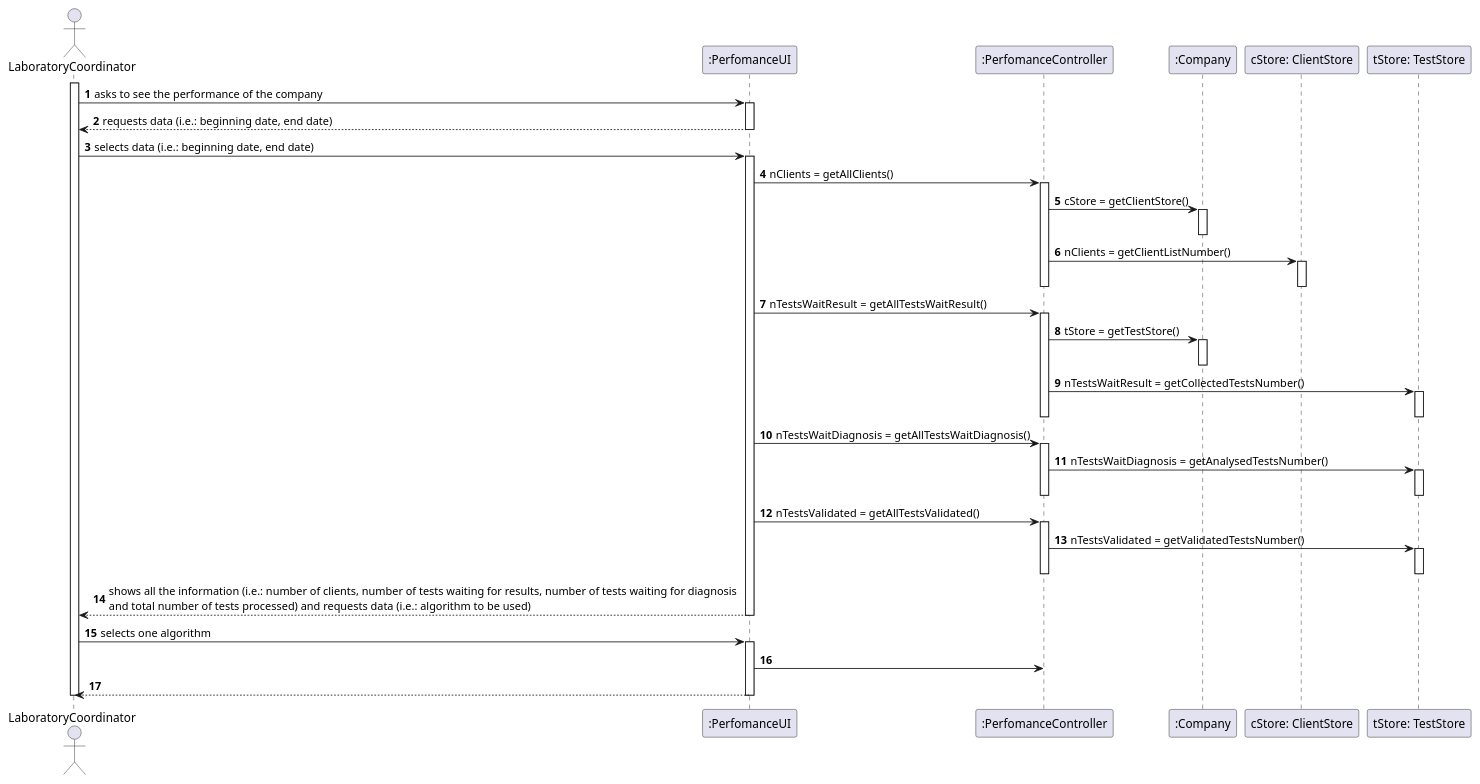
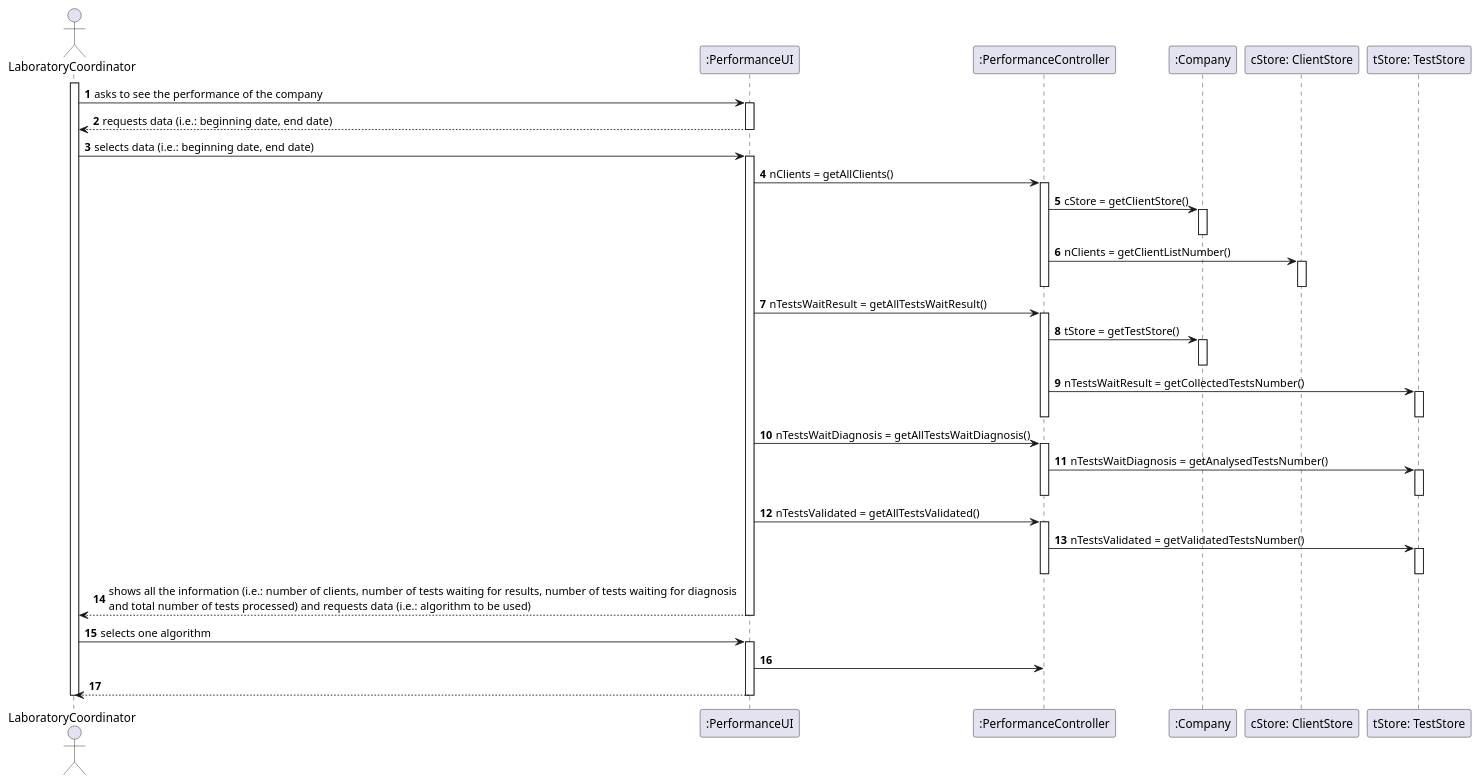
Before and after one commit to 0franciscor/lei-21-s2-1de-g19: the diagram in docs/SprintD/US16/US16-SD.puml, drawn with PlantUML. The commit also changed 1 other file, not shown here.

```diff
--- a/docs/SprintD/US16/US16-SD.puml
+++ b/docs/SprintD/US16/US16-SD.puml
@@ -1,62 +1,62 @@
 @startuml
 'https://plantuml.com/sequence-diagram
 
 autonumber
 
 actor LaboratoryCoordinator as LC
-participant ":PerfomanceUI" as PUI
-participant ":PerfomanceController" as PC
+participant ":PerformanceUI" as PUI
+participant ":PerformanceController" as PC
 participant ":Company" as COMP
 participant "cStore: ClientStore" as CS
 participant "tStore: TestStore" as TS
 
 
 activate LC
 LC -> PUI : asks to see the performance of the company
 activate PUI
 PUI --> LC : requests data (i.e.: beginning date, end date)
 deactivate PUI
 
 LC -> PUI : selects data (i.e.: beginning date, end date)
 activate PUI
 PUI -> PC : nClients = getAllClients()
 activate PC
 PC -> COMP : cStore = getClientStore()
 activate COMP
 deactivate COMP
 PC -> CS : nClients = getClientListNumber()
 activate CS
 deactivate CS
 deactivate PC
 PUI -> PC : nTestsWaitResult = getAllTestsWaitResult()
 activate PC
 PC -> COMP : tStore = getTestStore()
 activate COMP
 deactivate COMP
 PC -> TS : nTestsWaitResult = getCollectedTestsNumber()
 activate TS
 deactivate TS
 deactivate PC
 PUI -> PC : nTestsWaitDiagnosis = getAllTestsWaitDiagnosis()
 activate PC
 PC -> TS : nTestsWaitDiagnosis = getAnalysedTestsNumber()
 activate TS
 deactivate TS
 deactivate PC
 PUI -> PC : nTestsValidated = getAllTestsValidated()
 activate PC
 PC -> TS : nTestsValidated = getValidatedTestsNumber()
 activate TS
 deactivate TS
 deactivate PC
 PUI --> LC : shows all the information (i.e.: number of clients, number of tests waiting for results, number of tests waiting for diagnosis \nand total number of tests processed) and requests data (i.e.: algorithm to be used)
 deactivate PUI
 
 LC -> PUI : selects one algorithm
 activate PUI
 PUI -> PC :
 PUI --> LC :
 deactivate PUI
 deactivate LC
 
 @enduml
```
